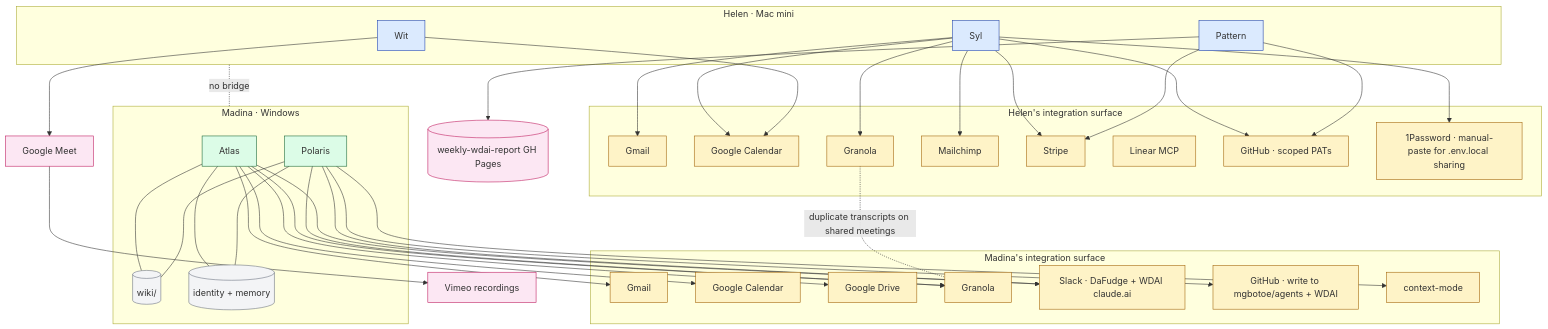
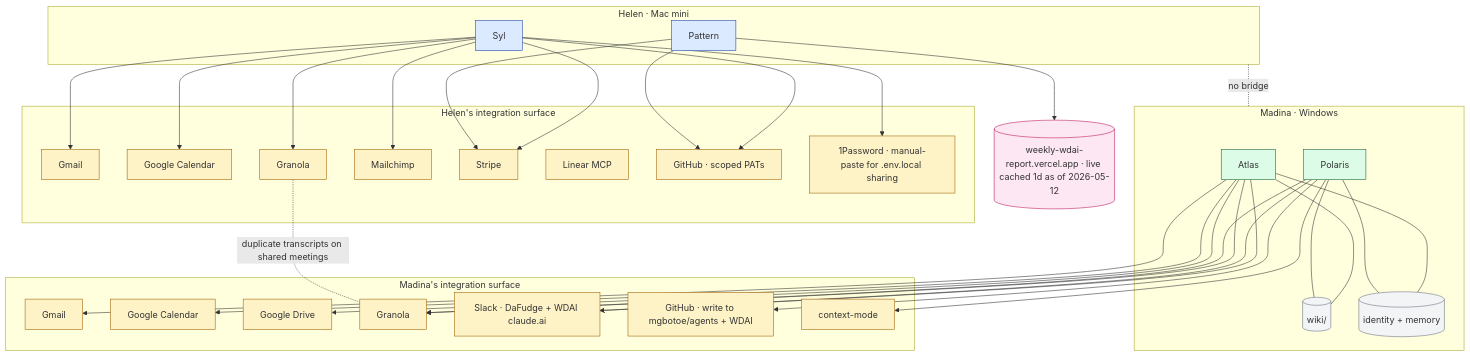
The fourth of 12 diagrams in dev-agent/design/team-os/pass-1/01-system-context.md (mgbotoe/agents), drawn with Mermaid before and after one commit. The commit also changed other lines of this file and 5 other files, not shown here.

````diff
--- a/dev-agent/design/team-os/pass-1/01-system-context.md
+++ b/dev-agent/design/team-os/pass-1/01-system-context.md
@@ -388,81 +388,76 @@
 ```mermaid
 graph TB
     subgraph Helen_Stack[Helen · Mac mini]
         Syl
         Pattern
-        Wit
     end
 
     subgraph Madina_Stack[Madina · Windows]
         Atlas
         Polaris
         MadinaWiki[(wiki/)]
         MadinaMemory[(identity + memory)]
         Atlas --- MadinaWiki
         Polaris --- MadinaWiki
         Atlas --- MadinaMemory
         Polaris --- MadinaMemory
     end
 
     subgraph HelenIntegrations[Helen's integration surface]
         HelenGmail[Gmail]
         HelenCal[Google Calendar]
         HelenGranola[Granola]
         HelenMailchimp[Mailchimp]
         HelenStripe[Stripe]
         HelenLinear[Linear MCP]
         HelenGH[GitHub · scoped PATs]
         HelenSecrets[1Password · manual-paste for .env.local sharing]
     end
 
     subgraph MadinaIntegrations[Madina's integration surface]
         MadinaGmail[Gmail]
         MadinaCal[Google Calendar]
         MadinaDrive[Google Drive]
         MadinaGranola[Granola]
         MadinaSlack[Slack · DaFudge + WDAI claude.ai]
         MadinaGH[GitHub · write to mgbotoe/agents + WDAI]
         MadinaCtx[context-mode]
     end
 
     Syl --> HelenGmail
     Syl --> HelenCal
     Syl --> HelenMailchimp
     Syl --> HelenStripe
     Syl --> HelenGH
     Syl --> HelenGranola
     Syl --> HelenSecrets
     Pattern --> HelenStripe
     Pattern --> HelenGH
-    Wit --> HelenCal
-    Wit --> WitGMeet[Google Meet]
-    WitGMeet --> WitVimeo[Vimeo recordings]
-
     Atlas --> MadinaGmail
     Atlas --> MadinaCal
     Atlas --> MadinaDrive
     Atlas --> MadinaGranola
     Atlas --> MadinaSlack
     Polaris --> MadinaGH
     Polaris --> MadinaSlack
     Polaris --> MadinaGranola
     Polaris --> MadinaCtx
 
-    Pattern --> Report[(weekly-wdai-report GH Pages)]
+    Pattern --> Report[(weekly-wdai-report.vercel.app · live cached 1d as of 2026-05-12)]
 
     Helen_Stack -. no bridge .- Madina_Stack
     HelenGranola -. duplicate transcripts on shared meetings .- MadinaGranola
 
     classDef helen fill:#dbeafe,stroke:#1e40af
     classDef madina fill:#dcfce7,stroke:#166534
     classDef integ fill:#fef3c7,stroke:#a16207
     classDef out fill:#fce7f3,stroke:#be185d
     classDef store fill:#f3f4f6,stroke:#6b7280
 
-    class Syl,Pattern,Wit helen
+    class Syl,Pattern helen
     class Atlas,Polaris madina
     class HelenGmail,HelenCal,HelenGranola,HelenMailchimp,HelenStripe,HelenLinear,HelenGH,HelenSecrets integ
     class MadinaGmail,MadinaCal,MadinaDrive,MadinaGranola,MadinaSlack,MadinaGH,MadinaCtx integ
     class MadinaWiki,MadinaMemory store
-    class Report,WitGMeet,WitVimeo out
+    class Report out
 ```
````
